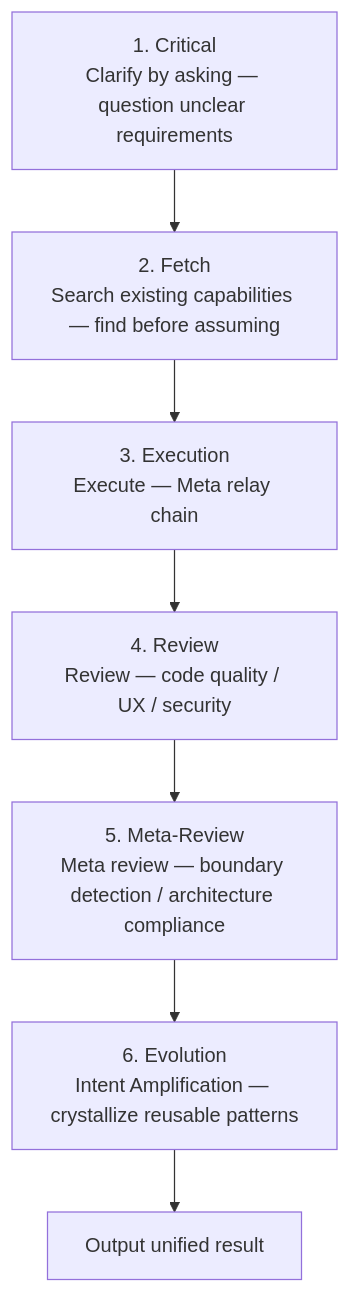
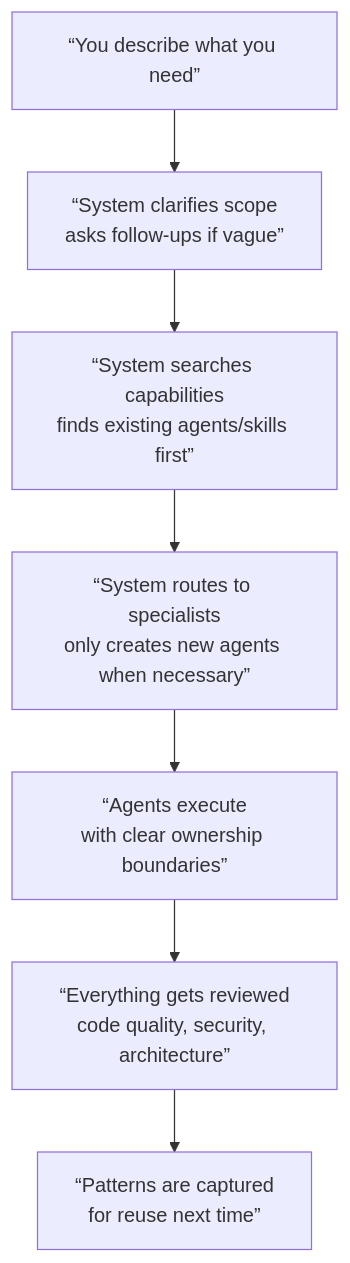
One commit to UncleJ-h/Meta_Kim changed the diagram in README.md. Above: the diagram before and after it, drawn with Mermaid. The commit also changed other lines of this file, not shown here.

First line of the commit message:
fix: rewrite README for humans, not architects

````diff
--- a/README.md
+++ b/README.md
@@ -249,9 +208,9 @@
 ```mermaid
 flowchart TD
-    A["1. Critical<br/>Clarify by asking — question unclear requirements"] --> B["2. Fetch<br/>Search existing capabilities — find before assuming"]
-    B --> C["3. Execution<br/>Execute — Meta relay chain"]
-    C --> D["4. Review<br/>Review — code quality / UX / security"]
-    D --> E["5. Meta-Review<br/>Meta review — boundary detection / architecture compliance"]
-    E --> F["6. Evolution<br/>Intent Amplification — crystallize reusable patterns"]
-    F --> G["Output unified result"]
+    A[“You describe what you need”] --> B[“System clarifies scope<br/>asks follow-ups if vague”]
+    B --> C[“System searches capabilities<br/>finds existing agents/skills first”]
+    C --> D[“System routes to specialists<br/>only creates new agents when necessary”]
+    D --> E[“Agents execute<br/>with clear ownership boundaries”]
+    E --> F[“Everything gets reviewed<br/>code quality, security, architecture”]
+    F --> G[“Patterns are captured<br/>for reuse next time”]
 ```
````
